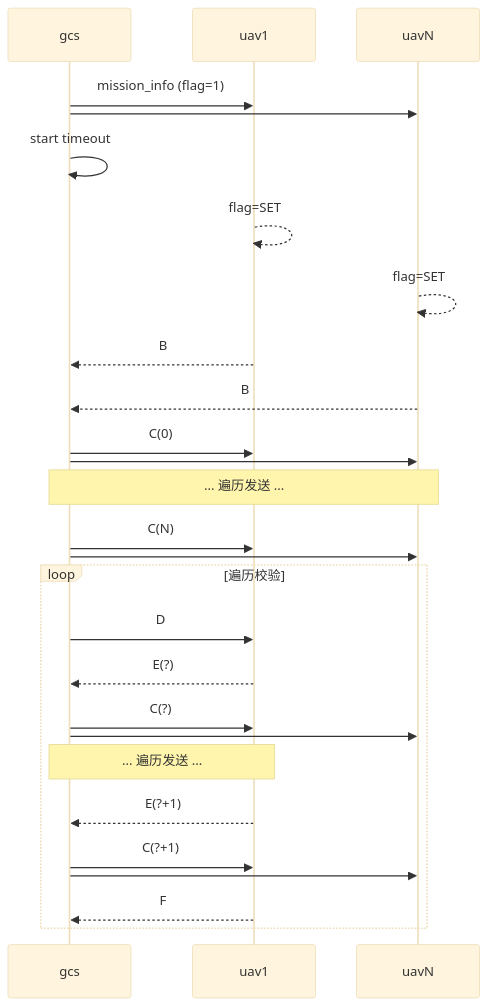
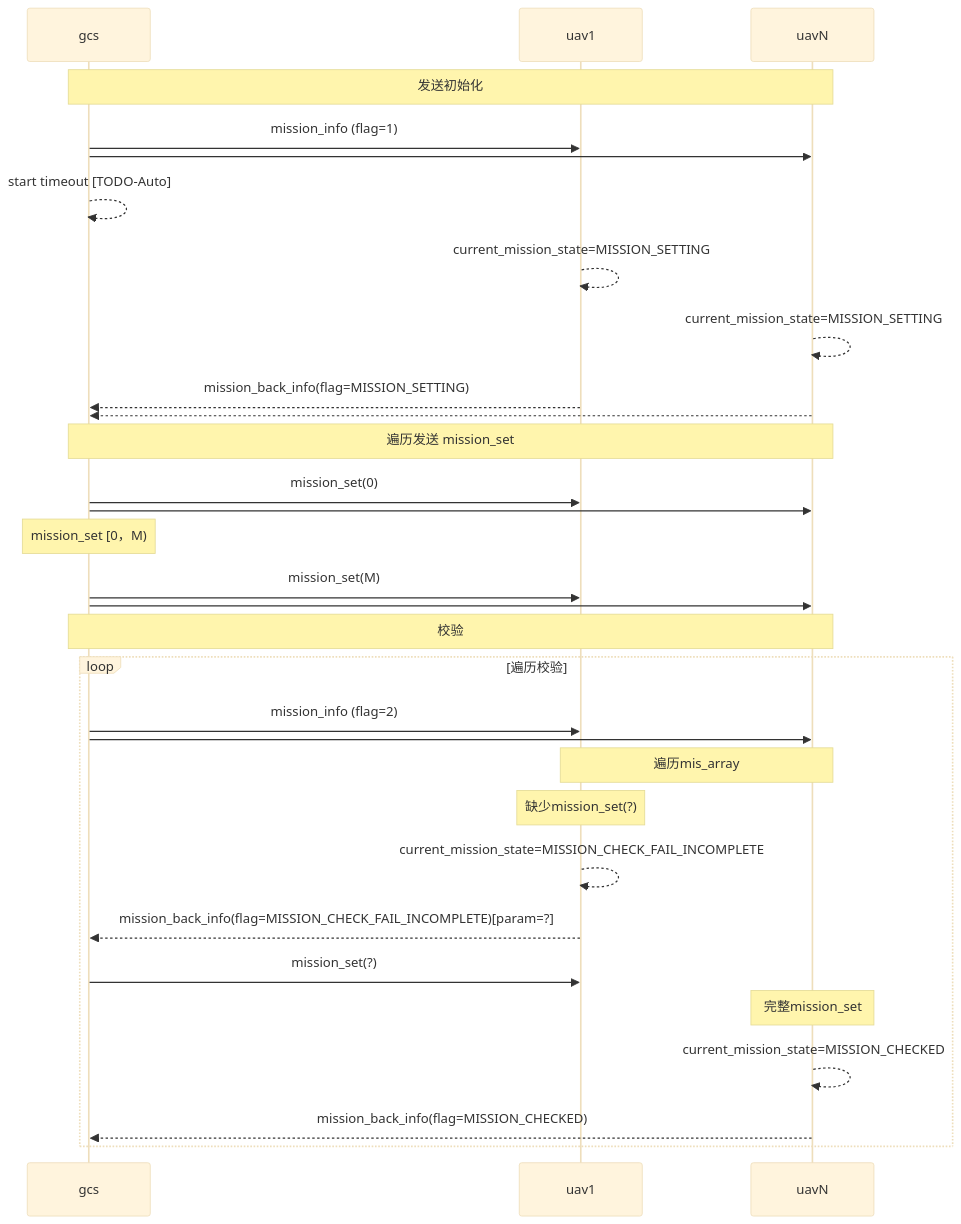
One commit to BearBoy233/cluster changed the second of 3 diagrams in mavmission/Readme_mission.md. Above: the diagram before and after it, drawn with Mermaid (base theme). The commit also changed other lines of this file and 4 other files, not shown here.

````diff
--- a/mavmission/Readme_mission.md
+++ b/mavmission/Readme_mission.md
@@ -73,49 +73,51 @@
 ```Mermaid
 
 sequenceDiagram
 
 participant gcs
 participant uav1
 participant uavN
 
+Note over gcs, uavN : 发送初始化
+
 gcs ->> uav1 : mission_info (flag=1)
 gcs ->> uavN : 
 
-gcs ->> gcs : start timeout
+gcs -->> gcs : start timeout [TODO-Auto]
+uav1 -->> uav1 : current_mission_state=MISSION_SETTING
+uavN -->> uavN : current_mission_state=MISSION_SETTING
 
-uav1 -->> uav1 : flag=SET
-uavN -->> uavN : flag=SET
+uav1 -->> gcs : mission_back_info(flag=MISSION_SETTING)
+uavN -->> gcs : 
 
-uav1 -->> gcs : B
-uavN -->> gcs : B
 
-gcs ->> uav1 : C(0)
+Note over gcs, uavN : 遍历发送 mission_set
+
+gcs ->> uav1 : mission_set(0)
+gcs ->> uavN : 
+Note over gcs : mission_set [0，M)
+gcs ->> uav1 : mission_set(M)
 gcs ->> uavN : 
 
-Note over gcs, uavN: ... 遍历发送 ...
 
-gcs ->> uav1: C(N)
-gcs ->> uavN: 
+Note over gcs, uavN : 校验
 
 loop 遍历校验
-
-    gcs->>uav1 : D
-
-    uav1 -->> gcs : E(?)
-
-    gcs ->> uav1 : C(?)
-    gcs ->> uavN : 
-
-    Note over gcs, uav1: ... 遍历发送 ...
-
-    uav1 -->> gcs : E(?+1)
-
-    gcs ->> uav1 : C(?+1)
-    gcs ->> uavN : 
-
-    uav1 -->> gcs : F
-
+    gcs->>uav1 : mission_info (flag=2)
+    gcs->>uavN : 
+    Note over uav1, uavN : 遍历mis_array
+    
+    Note over uav1 : 缺少mission_set(?)
+    uav1 -->> uav1 : current_mission_state=MISSION_CHECK_FAIL_INCOMPLETE
+    uav1 -->> gcs : mission_back_info(flag=MISSION_CHECK_FAIL_INCOMPLETE)[param=?]
+    gcs ->> uav1 : mission_set(?)
+    
+    Note over uavN : 完整mission_set
+    uavN -->> uavN : current_mission_state=MISSION_CHECKED
+    uavN -->> gcs : mission_back_info(flag=MISSION_CHECKED)
 end
 
 
+
+
 ```
````
